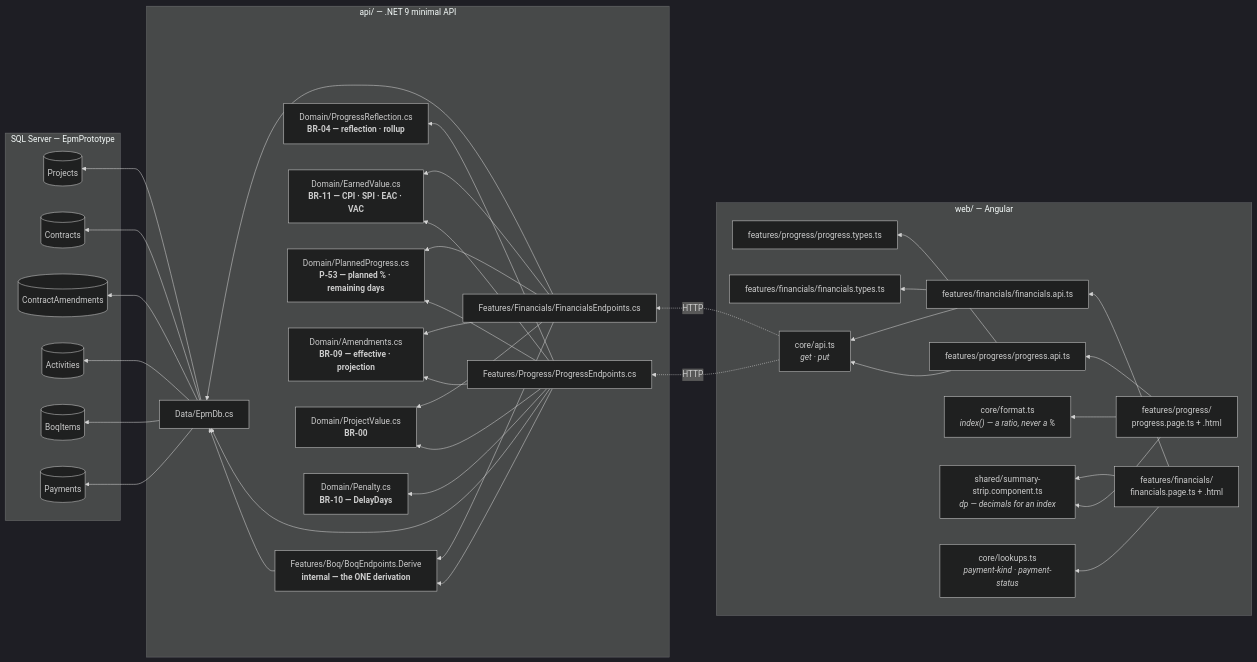
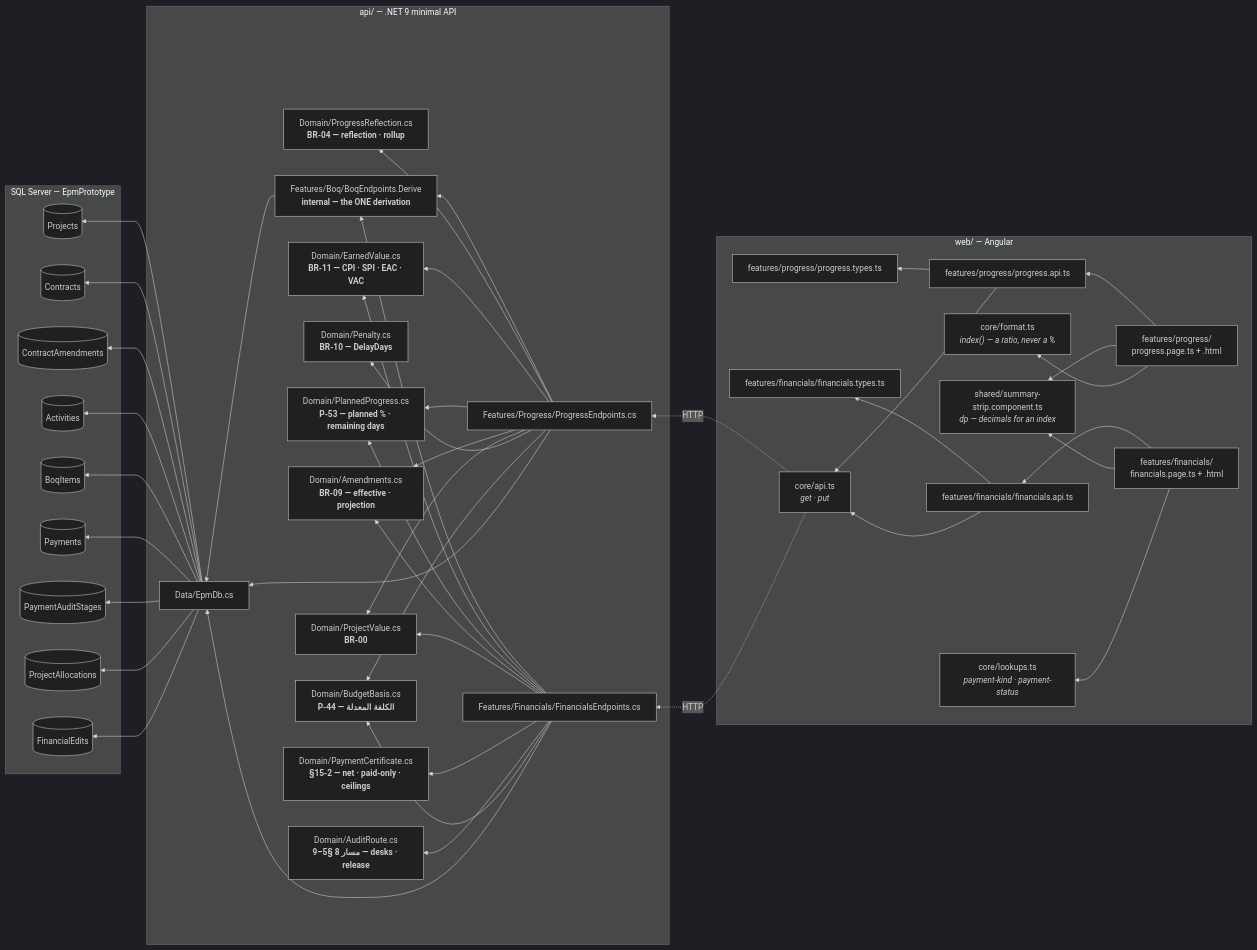
One commit to Anas-M-Ardah/EPM-PROTO-2 changed the first of 4 diagrams in docs/uml/progress-financials.md. Above: the diagram before and after it, drawn with Mermaid (dark theme). The commit also changed other lines of this file and 28 other files, not shown here.

````diff
--- a/docs/uml/progress-financials.md
+++ b/docs/uml/progress-financials.md
@@ -41,6 +42,9 @@
     EV["Domain/EarnedValue.cs<br/><b>BR-11 — CPI · SPI · EAC · VAC</b>"]
     PP["Domain/PlannedProgress.cs<br/><b>P-53 — planned % · remaining days</b>"]
     AM["Domain/Amendments.cs<br/><b>BR-09 — effective · projection</b>"]
+    PC["Domain/PaymentCertificate.cs<br/><b>§15-2 — net · paid-only · ceilings</b>"]
+    AR["Domain/AuditRoute.cs<br/><b>مسار 8 §5–9 — desks · release</b>"]
+    BB["Domain/BudgetBasis.cs<br/><b>P-44 — الكلفة المعدلة</b>"]
     PV["Domain/ProjectValue.cs<br/><b>BR-00</b>"]
     PEN["Domain/Penalty.cs<br/><b>BR-10 — DelayDays</b>"]
     DB["Data/EpmDb.cs"]
@@ -53,6 +57,9 @@
     T4[("Activities")]
     T5[("BoqItems")]
     T6[("Payments")]
+    T7[("PaymentAuditStages")]
+    T8[("ProjectAllocations")]
+    T9[("FinancialEdits")]
   end
 
   PGP --> PGA
@@ -79,6 +86,10 @@
   EPF --> PP
   EPF --> AM
   EPF --> PV
+  EPF --> PC
+  EPF --> AR
+  EPF --> BB
+  EPP --> BB
   DRV --> DB
   EPP --> DB
   EPF --> DB
@@ -88,4 +99,7 @@
   DB --> T4
   DB --> T5
   DB --> T6
+  DB --> T7
+  DB --> T8
+  DB --> T9
 ```
````
